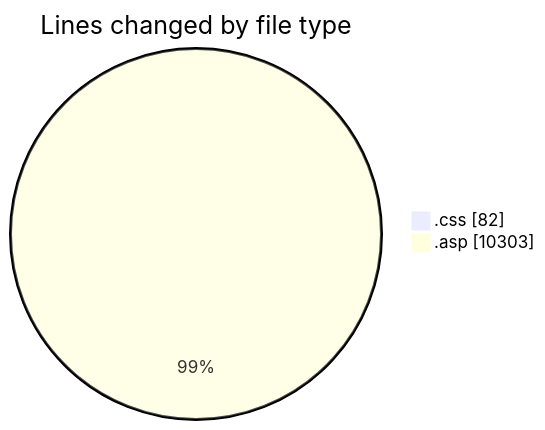
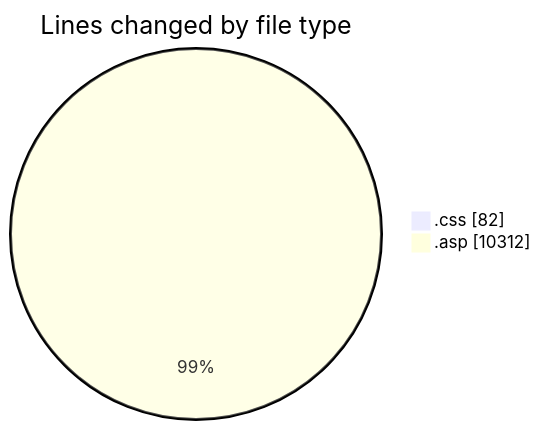
One commit to julien-gomy/code-tracking changed the first of 2 diagrams in 2025-11-16/cdp_aleoudev_fr__workspace_/README.md. Above: the diagram before and after it, drawn with Mermaid. The commit also changed other lines of this file and 1 other file, not shown here.

````diff
--- a/2025-11-16/cdp_aleoudev_fr__workspace_/README.md
+++ b/2025-11-16/cdp_aleoudev_fr__workspace_/README.md
@@ -34,6 +34,6 @@
 ```mermaid
 pie showData
 title Lines changed by file type
 ".css" : 82
-".asp" : 10303
+".asp" : 10312
 ```
````
